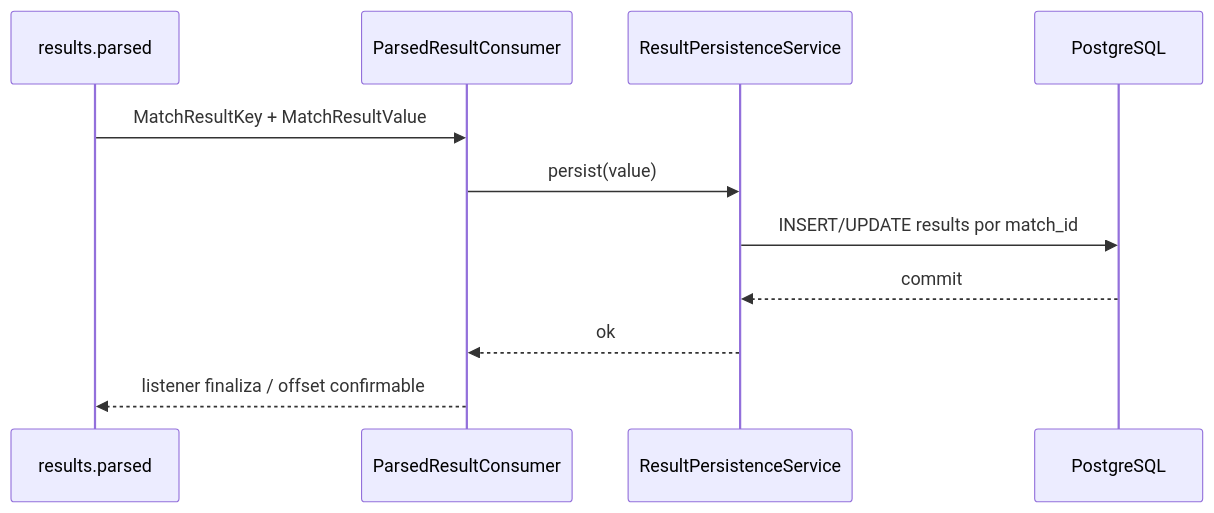
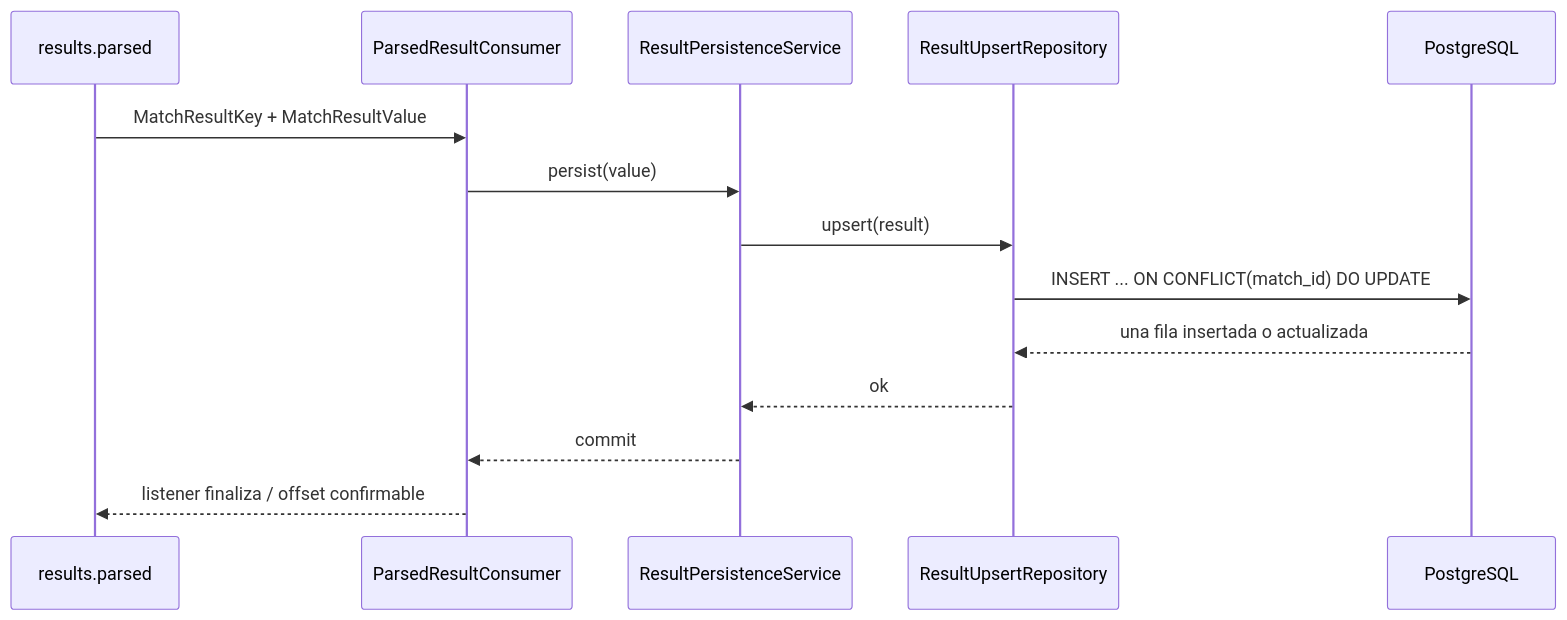
Before and after one commit to juanfranciscofernandezherreros/csv-results-persistence: the second of 2 diagrams in docs/diagrams.md, drawn with Mermaid. The commit also changed other lines of this file, not shown here.

Commit message:
KAN-35 update idempotency diagrams

````diff
--- a/docs/diagrams.md
+++ b/docs/diagrams.md
@@ -17,14 +18,17 @@
 ```mermaid
 sequenceDiagram
     participant K as results.parsed
     participant C as ParsedResultConsumer
     participant S as ResultPersistenceService
+    participant U as ResultUpsertRepository
     participant DB as PostgreSQL
 
     K->>C: MatchResultKey + MatchResultValue
     C->>S: persist(value)
-    S->>DB: INSERT/UPDATE results por match_id
-    DB-->>S: commit
-    S-->>C: ok
+    S->>U: upsert(result)
+    U->>DB: INSERT ... ON CONFLICT(match_id) DO UPDATE
+    DB-->>U: una fila insertada o actualizada
+    U-->>S: ok
+    S-->>C: commit
     C-->>K: listener finaliza / offset confirmable
 ```
````
